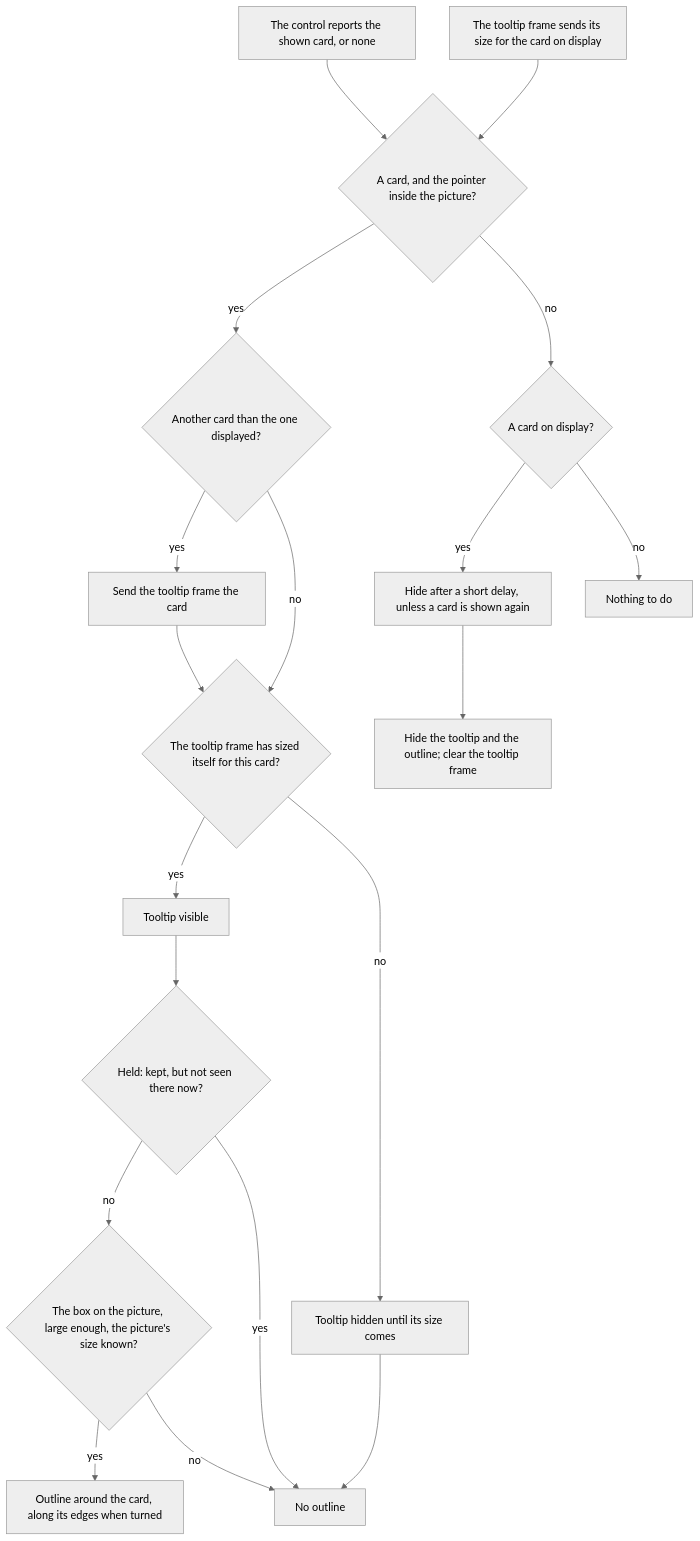
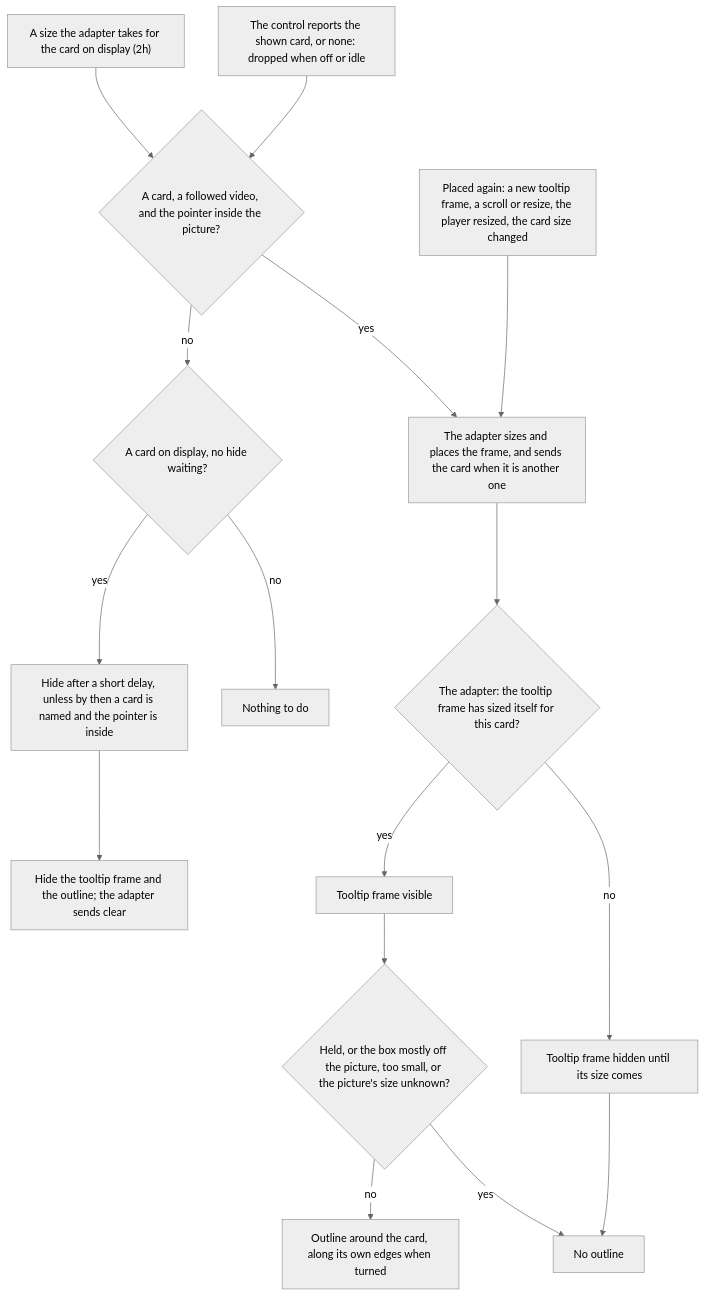
Before and after one commit to ryangswe/duelsight: the ninth of 14 diagrams in docs/hover-map.md, drawn with Mermaid (neutral theme). The commit also changed other lines of this file and 82 other files, not shown here.

````diff
--- a/docs/hover-map.md
+++ b/docs/hover-map.md
@@ -402,34 +460,31 @@
 ```mermaid
 flowchart TD
-  SC["The control reports the shown card, or none"]
-  SZ["The tooltip frame sends its size for the card on display"]
-  IN{"A card, and the pointer inside the picture?"}
-  DISP{"A card on display?"}
-  T["Hide after a short delay, unless a card is shown again"]
-  HIDE["Hide the tooltip and the outline; clear the tooltip frame"]
+  SC["The control reports the shown card, or none: dropped when off or idle"]
+  SZ["A size the adapter takes for the card on display (2h)"]
+  RE["Placed again: a new tooltip frame, a scroll or resize, the player resized, the card size changed"]
+  IN{"A card, a followed video, and the pointer inside the picture?"}
+  DISP{"A card on display, no hide waiting?"}
+  T["Hide after a short delay, unless by then a card is named and the pointer is inside"]
+  HIDE["Hide the tooltip frame and the outline; the adapter sends clear"]
   NOTHING["Nothing to do"]
-  NEW{"Another card than the one displayed?"}
-  SEND["Send the tooltip frame the card"]
-  SIZED{"The tooltip frame has sized itself for this card?"}
-  VIS["Tooltip visible"]
-  HID["Tooltip hidden until its size comes"]
-  HELD{"Held: kept, but not seen there now?"}
-  ON{"The box on the picture, large enough, the picture's size known?"}
-  OUT["Outline around the card, along its edges when turned"]
+  SHOW["The adapter sizes and places the frame, and sends the card when it is another one"]
+  SIZED{"The adapter: the tooltip frame has sized itself for this card?"}
+  VIS["Tooltip frame visible"]
+  HID["Tooltip frame hidden until its size comes"]
+  OQ{"Held, or the box mostly off the picture, too small, or the picture's size unknown?"}
+  OUT["Outline around the card, along its own edges when turned"]
   NOOUT["No outline"]
 
   SC --> IN
   SZ --> IN
-  IN -->|"yes"| NEW
+  RE --> SHOW
+  IN -->|"yes"| SHOW
   IN -->|"no"| DISP
   DISP -->|"yes"| T --> HIDE
   DISP -->|"no"| NOTHING
-  NEW -->|"yes"| SEND --> SIZED
-  NEW -->|"no"| SIZED
-  SIZED -->|"yes"| VIS --> HELD
+  SHOW --> SIZED
+  SIZED -->|"yes"| VIS --> OQ
   SIZED -->|"no"| HID --> NOOUT
-  HELD -->|"no"| ON
-  HELD -->|"yes"| NOOUT
-  ON -->|"yes"| OUT
-  ON -->|"no"| NOOUT
+  OQ -->|"yes"| NOOUT
+  OQ -->|"no"| OUT
 ```
````
